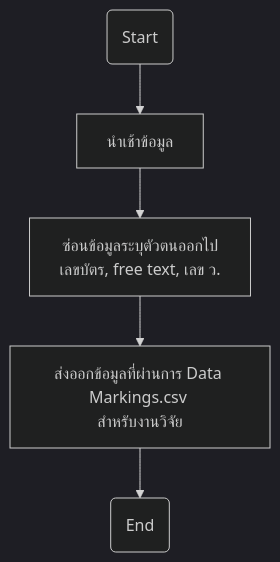
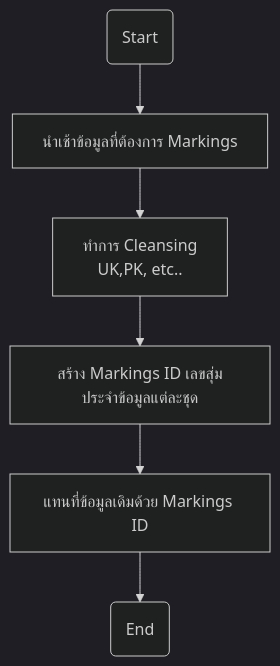
One commit to lionants02/public changed the fourth of 4 diagrams in export_amed/13file-map.md. Above: the diagram before and after it, drawn with Mermaid (dark theme). The commit also changed other lines of this file, not shown here.

````diff
--- a/export_amed/13file-map.md
+++ b/export_amed/13file-map.md
@@ -176,8 +184,9 @@
 ```mermaid
 flowchart TD
   s(Start)
-  s-->import["นำเช้าข้อมูล"]
-  import-->marking["ซ่อนข้อมูลระบุตัวตนออกไป \nเลขบัตร, free text, เลข ว."]
-  marking-->export_r["ส่งออกข้อมูลที่ผ่านการ Data Markings.csv \nสำหรับงานวิจัย"]
+  s-->import["นำเช้าข้อมูลที่ต้องการ Markings"]
+  import-->cleansing["ทำการ Cleansing\n UK,PK, etc.."]
+  cleansing-->marking["สร้าง Markings ID เลขสุ่มประจำข้อมูลแต่ละชุด"]
+  marking-->export_r["แทนที่ข้อมูลเดิมด้วย Markings ID"]
   export_r-->e(End)
 ```
````
